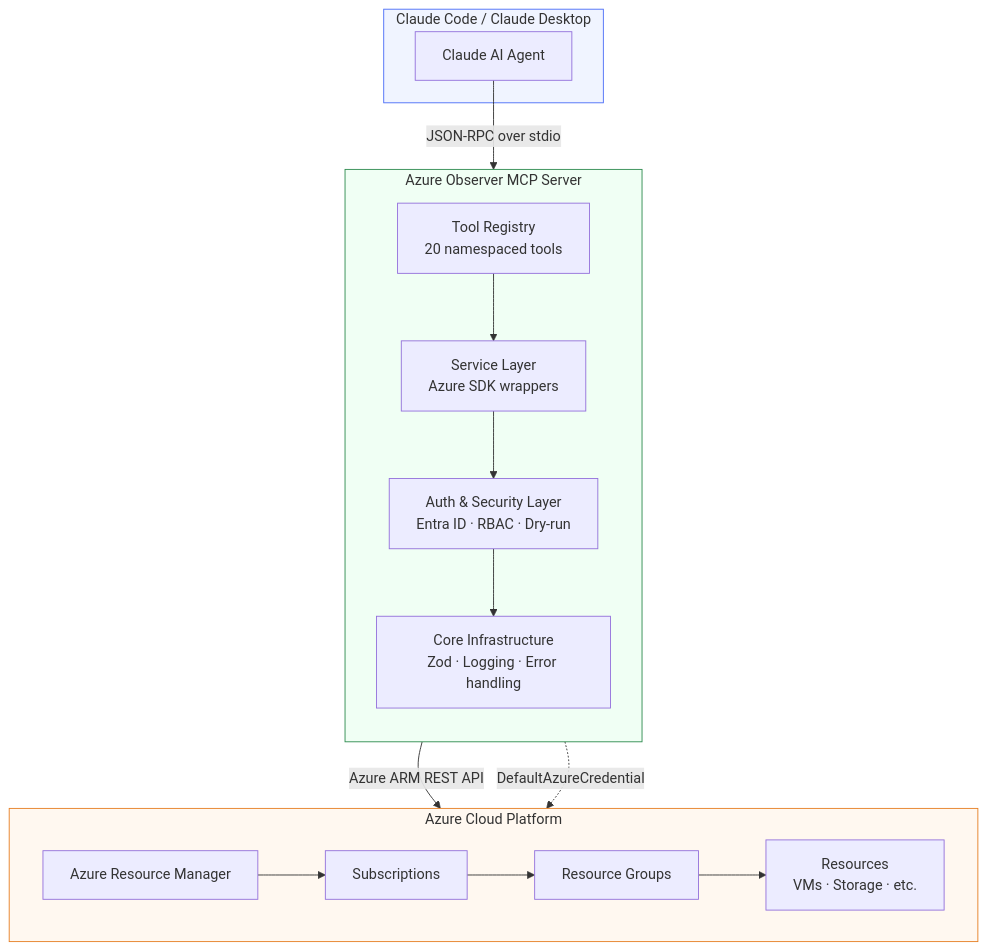
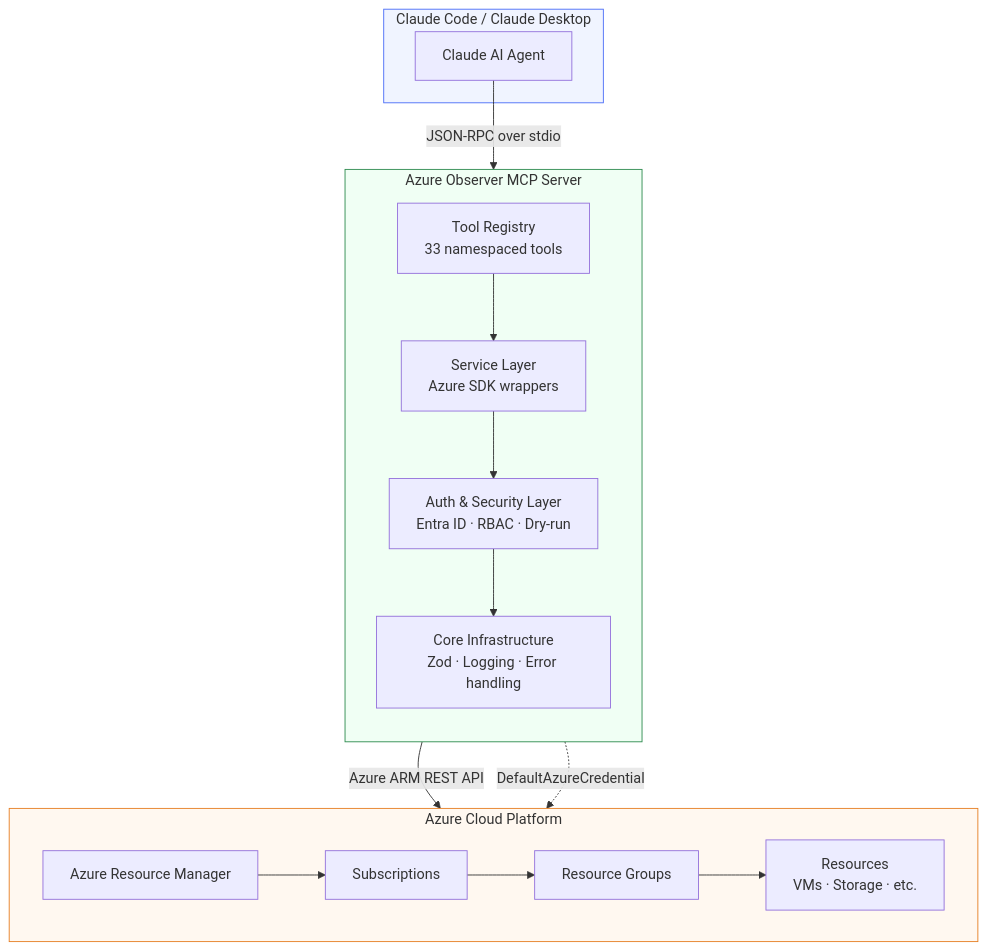
The first of 8 diagrams in ARCHITECTURE.md (pxkundu/azure-observer-mcp), drawn with Mermaid before and after one commit. The commit also changed other lines of this file and 28 other files, not shown here.

````diff
--- a/ARCHITECTURE.md
+++ b/ARCHITECTURE.md
@@ -9,36 +9,36 @@
 ```mermaid
 graph TB
     subgraph Client["Claude Code / Claude Desktop"]
         CC[Claude AI Agent]
     end
 
     subgraph MCP["Azure Observer MCP Server"]
         direction TB
-        TR[Tool Registry<br/>20 namespaced tools]
+        TR[Tool Registry<br/>33 namespaced tools]
         SL[Service Layer<br/>Azure SDK wrappers]
         AUTH[Auth & Security Layer<br/>Entra ID · RBAC · Dry-run]
         CORE[Core Infrastructure<br/>Zod · Logging · Error handling]
 
         TR --> SL
         SL --> AUTH
         AUTH --> CORE
     end
 
     subgraph Azure["Azure Cloud Platform"]
         direction LR
         ARM[Azure Resource Manager]
         SUB[Subscriptions]
         RG[Resource Groups]
         RES[Resources<br/>VMs · Storage · etc.]
 
         ARM --> SUB --> RG --> RES
     end
 
     CC -- "JSON-RPC over stdio" --> TR
     SL -- "Azure ARM REST API" --> ARM
     AUTH -. "DefaultAzureCredential" .-> ARM
 
     style Client fill:#f0f4ff,stroke:#4a6cf7
     style MCP fill:#f0fff4,stroke:#2d8a4e
     style Azure fill:#fff8f0,stroke:#e67e22
 ```
````
